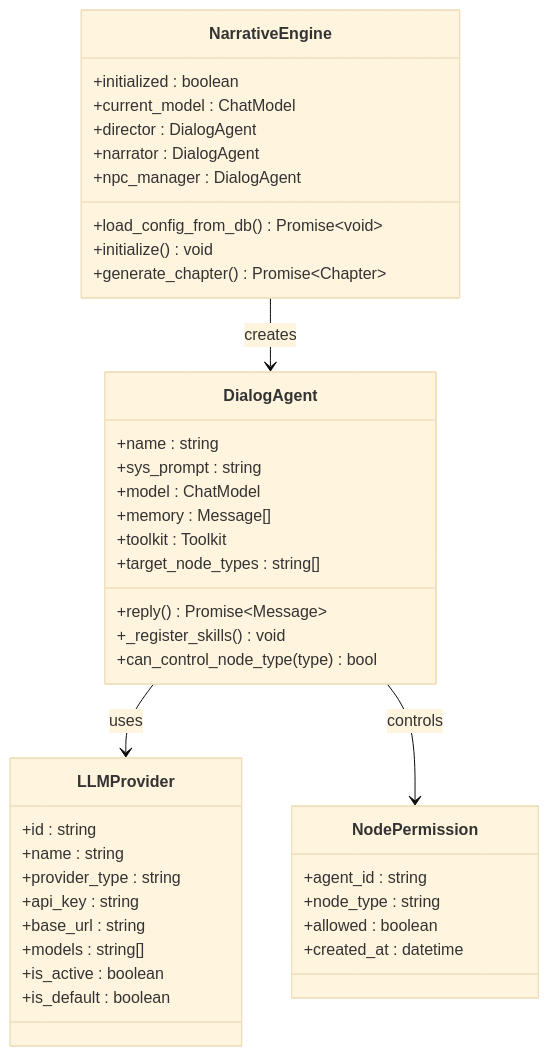
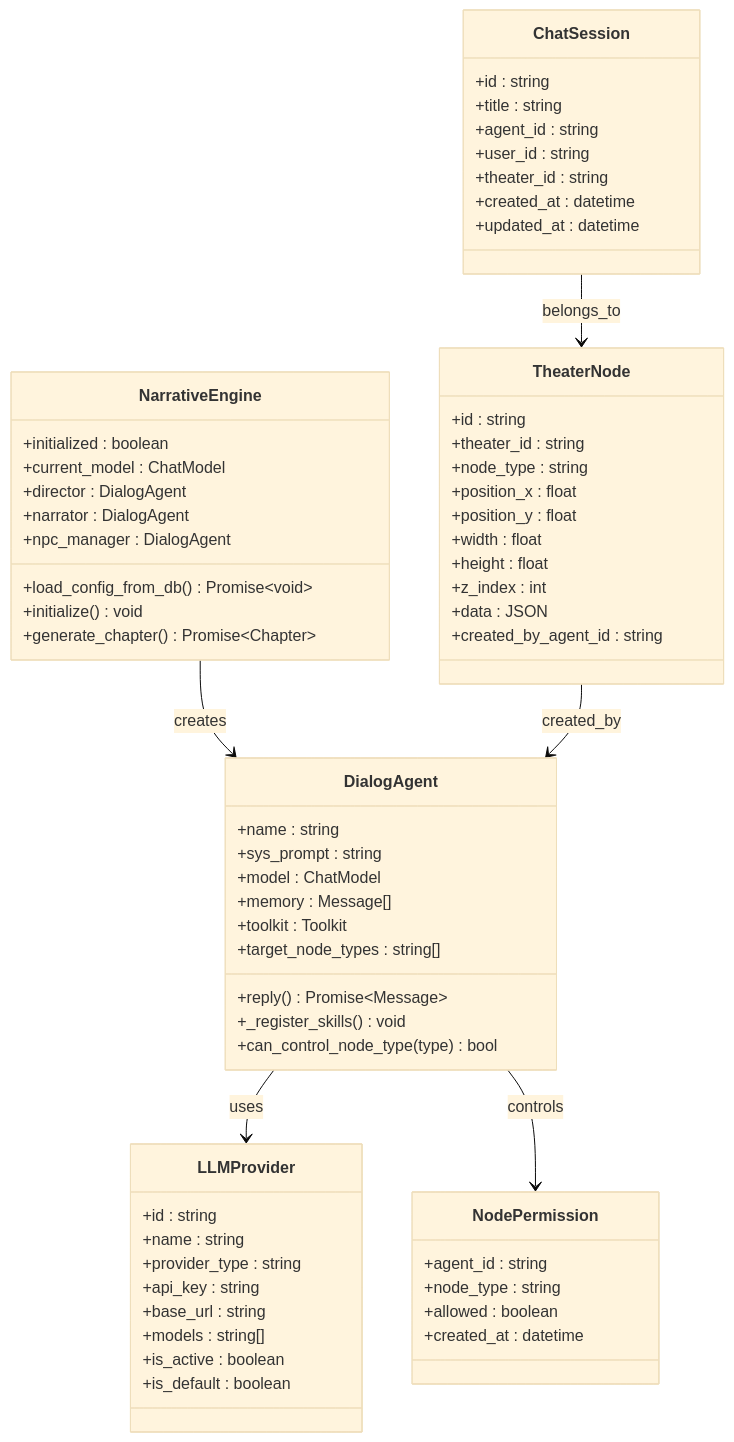
Before and after one commit to KunLabAI/KunFlix: the fifth of 12 diagrams in .qoder/repowiki/zh/content/系统架构/剧院系统概览.md, drawn with Mermaid (base theme). The commit also changed other lines of this file and 11 other files, not shown here.

````diff
--- a/.qoder/repowiki/zh/content/系统架构/剧院系统概览.md
+++ b/.qoder/repowiki/zh/content/系统架构/剧院系统概览.md
@@ -390,43 +433,66 @@
 ```mermaid
 classDiagram
 class NarrativeEngine {
 +initialized : boolean
 +current_model : ChatModel
 +director : DialogAgent
 +narrator : DialogAgent
 +npc_manager : DialogAgent
 +load_config_from_db() Promise~void~
 +initialize() void
 +generate_chapter() Promise~Chapter~
 }
 class DialogAgent {
 +name : string
 +sys_prompt : string
 +model : ChatModel
 +memory : Message[]
 +toolkit : Toolkit
 +reply() Promise~Message~
 +_register_skills() void
 +target_node_types : string[]
 +can_control_node_type(type) bool
 }
 class LLMProvider {
 +id : string
 +name : string
 +provider_type : string
 +api_key : string
 +base_url : string
 +models : string[]
 +is_active : boolean
 +is_default : boolean
 }
 class NodePermission {
 +agent_id : string
 +node_type : string
 +allowed : boolean
 +created_at : datetime
 }
+class TheaterNode {
++id : string
++theater_id : string
++node_type : string
++position_x : float
++position_y : float
++width : float
++height : float
++z_index : int
++data : JSON
++created_by_agent_id : string
+}
+class ChatSession {
++id : string
++title : string
++agent_id : string
++user_id : string
++theater_id : string
++created_at : datetime
++updated_at : datetime
+}
 NarrativeEngine --> DialogAgent : creates
 DialogAgent --> LLMProvider : uses
 DialogAgent --> NodePermission : controls
+TheaterNode --> DialogAgent : created_by
+ChatSession --> TheaterNode : belongs_to
 ```
````
